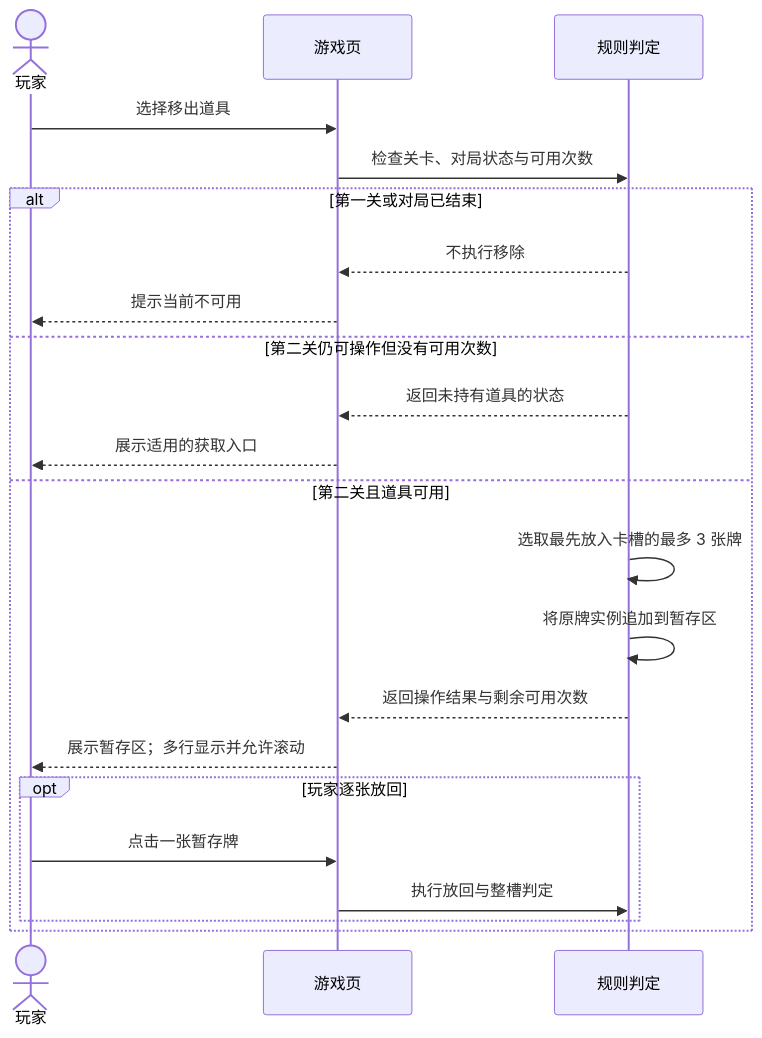
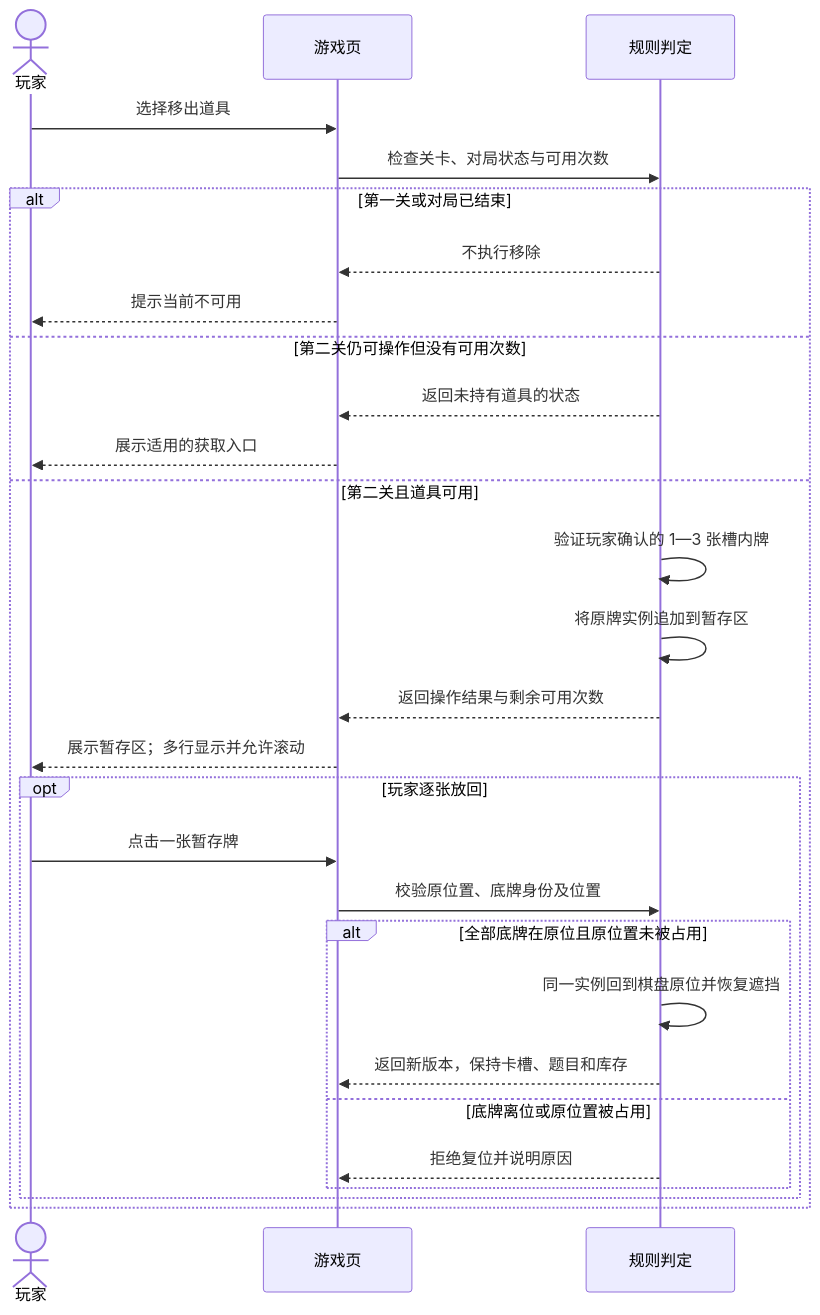
The third of 5 diagrams in docs/10-requirements/GAME-REQUIREMENTS.md (thundax-lyp/pretzel), drawn with Mermaid before and after one commit. The commit also changed other lines of this file and 123 other files, not shown here.

````diff
--- a/docs/10-requirements/GAME-REQUIREMENTS.md
+++ b/docs/10-requirements/GAME-REQUIREMENTS.md
@@ -173,24 +173,30 @@
 ```mermaid
 sequenceDiagram
     actor P as 玩家
     participant G as 游戏页
     participant R as 规则判定
     P->>G: 选择移出道具
     G->>R: 检查关卡、对局状态与可用次数
     alt 第一关或对局已结束
         R-->>G: 不执行移除
         G-->>P: 提示当前不可用
     else 第二关仍可操作但没有可用次数
         R-->>G: 返回未持有道具的状态
         G-->>P: 展示适用的获取入口
     else 第二关且道具可用
-        R->>R: 选取最先放入卡槽的最多 3 张牌
+        R->>R: 验证玩家确认的 1—3 张槽内牌
         R->>R: 将原牌实例追加到暂存区
         R-->>G: 返回操作结果与剩余可用次数
         G-->>P: 展示暂存区；多行显示并允许滚动
         opt 玩家逐张放回
             P->>G: 点击一张暂存牌
-            G->>R: 执行放回与整槽判定
+            G->>R: 校验原位置、底牌身份及位置
+            alt 全部底牌在原位且原位置未被占用
+                R->>R: 同一实例回到棋盘原位并恢复遮挡
+                R-->>G: 返回新版本，保持卡槽、题目和库存
+            else 底牌离位或原位置被占用
+                R-->>G: 拒绝复位并说明原因
+            end
         end
     end
 ```
````
